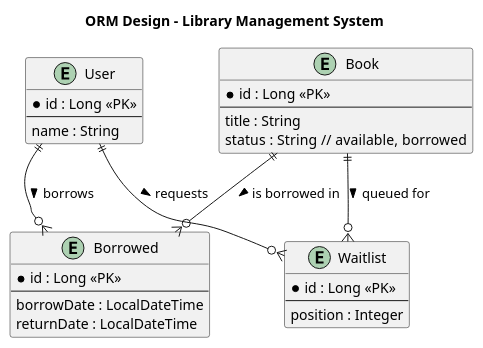
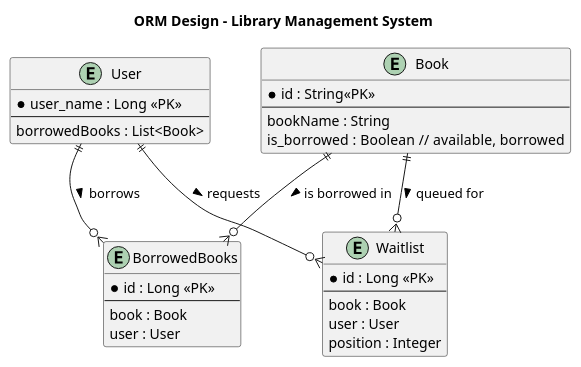
The diagram in src/main/docs/ORM_DFD_Flow.puml (hafizferoz/libraryms), drawn with PlantUML before and after one commit. The commit also changed 2 other files, not shown here.

Commit message:
update project with design flow

```diff
--- a/src/main/docs/ORM_DFD_Flow.puml
+++ b/src/main/docs/ORM_DFD_Flow.puml
@@ -1,36 +1,38 @@
 @startuml
 title ORM Design - Library Management System
 
 entity "User" as User {
-  * id : Long <<PK>>
+  * user_name : Long <<PK>>
   --
-  name : String
+  borrowedBooks : List<Book>
 }
 
 entity "Book" as Book {
+  * id : String<<PK>>
+  --
+  bookName : String
+  is_borrowed : Boolean  // available, borrowed
+}
+
+entity "BorrowedBooks" as BorrowedBooks {
   * id : Long <<PK>>
   --
-  title : String
-  status : String  // available, borrowed
-}
-
-entity "Borrowed" as Borrowed {
-  * id : Long <<PK>>
-  --
-  borrowDate : LocalDateTime
-  returnDate : LocalDateTime
+  book : Book
+  user : User
 }
 
 entity "Waitlist" as Waitlist {
   * id : Long <<PK>>
   --
+   book : Book
+   user : User
   position : Integer
 }
 
 ' --- Relationships ---
-User ||--o{ Borrowed : borrows >
-Book ||--o{ Borrowed : is borrowed in >
+User ||--o{ BorrowedBooks : borrows >
+Book ||--o{ BorrowedBooks : is borrowed in >
 User ||--o{ Waitlist : requests >
 Book ||--o{ Waitlist : queued for >
 
 @enduml
```
